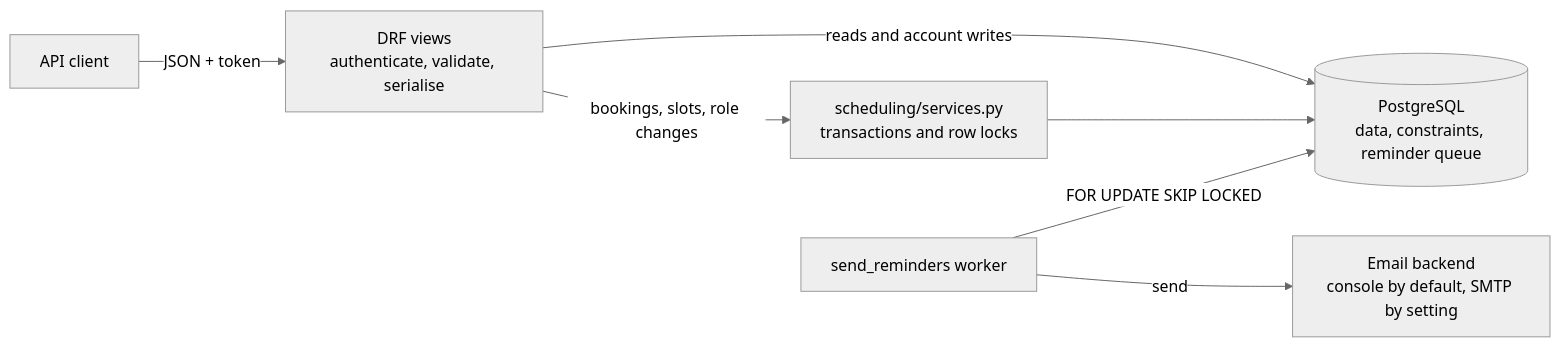
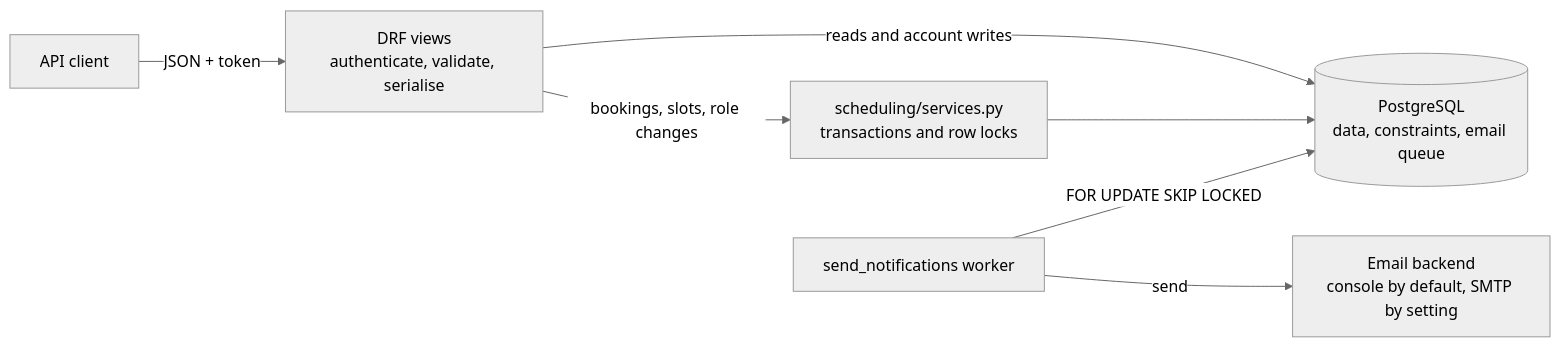
Before and after one commit to InsaneCoder789/InterviewOps: the first of 2 diagrams in README.md, drawn with Mermaid (neutral theme). The commit also changed other lines of this file, not shown here.

````diff
--- a/README.md
+++ b/README.md
@@ -61,9 +67,9 @@
 ```mermaid
 flowchart LR
     client["API client"] -->|"JSON + token"| views["DRF views<br/>authenticate, validate, serialise"]
     views -->|"bookings, slots, role changes"| services["scheduling/services.py<br/>transactions and row locks"]
     views -->|"reads and account writes"| db
-    services --> db[("PostgreSQL<br/>data, constraints, reminder queue")]
-    worker["send_reminders worker"] -->|"FOR UPDATE SKIP LOCKED"| db
+    services --> db[("PostgreSQL<br/>data, constraints, email queue")]
+    worker["send_notifications worker"] -->|"FOR UPDATE SKIP LOCKED"| db
     worker -->|"send"| mail["Email backend<br/>console by default, SMTP by setting"]
 ```
````
